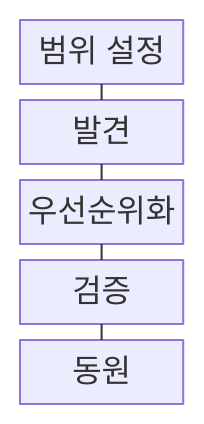
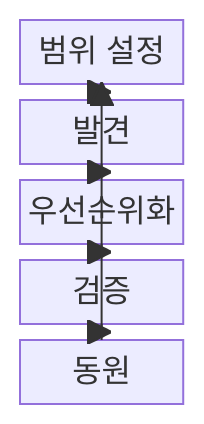
The first of 2 diagrams in src/content/docs/notes/05-security/040_ctem.md (agnusdei1207/knowledge-base), drawn with Mermaid before and after one commit. The commit also changed other lines of this file and 20 other files, not shown here.

````diff
--- a/src/content/docs/notes/05-security/040_ctem.md
+++ b/src/content/docs/notes/05-security/040_ctem.md
@@ -52,13 +52,14 @@
 ```mermaid
-block-beta
+block
   columns 1
   A["범위 설정"]
   B["발견"]
   C["우선순위화"]
   D["검증"]
   E["동원"]
-  A --- B
-  B --- C
-  C --- D
-  D --- E
+  A --> B
+  B --> C
+  C --> D
+  D --> E
+  E --> A
 ```
````
